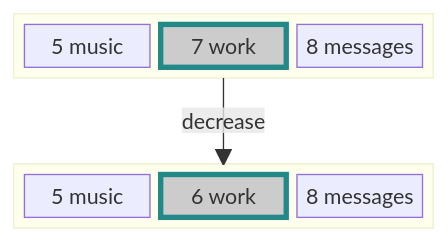
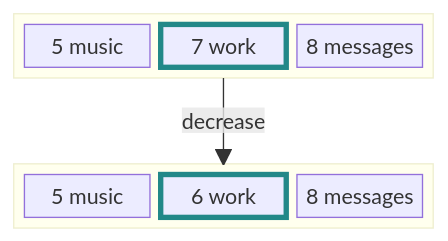
Before and after one commit to berezowski/swaymsg_workspace: the seventh of 10 diagrams in README.md, drawn with Mermaid. The commit also changed other lines of this file, not shown here.

````diff
--- a/README.md
+++ b/README.md
@@ -204,19 +204,19 @@
 ```mermaid
 block-beta
   columns 3
   block:a:3
     A["5 music"]
     B["7 work"]
     C["8 messages"]
   end
   space:3
   block:b:3
     D["5 music"]
     E["6 work"]
     F["8 messages"]
   end
   a -- "decrease"--> b
-  style B fill:#ccc,stroke:#288,stroke-width:4px,color:#000
-  style E fill:#ccc,stroke:#288,stroke-width:4px,color:#000
+  style B stroke:#288,stroke-width:4px
+  style E stroke:#288,stroke-width:4px
 
 ```
````
